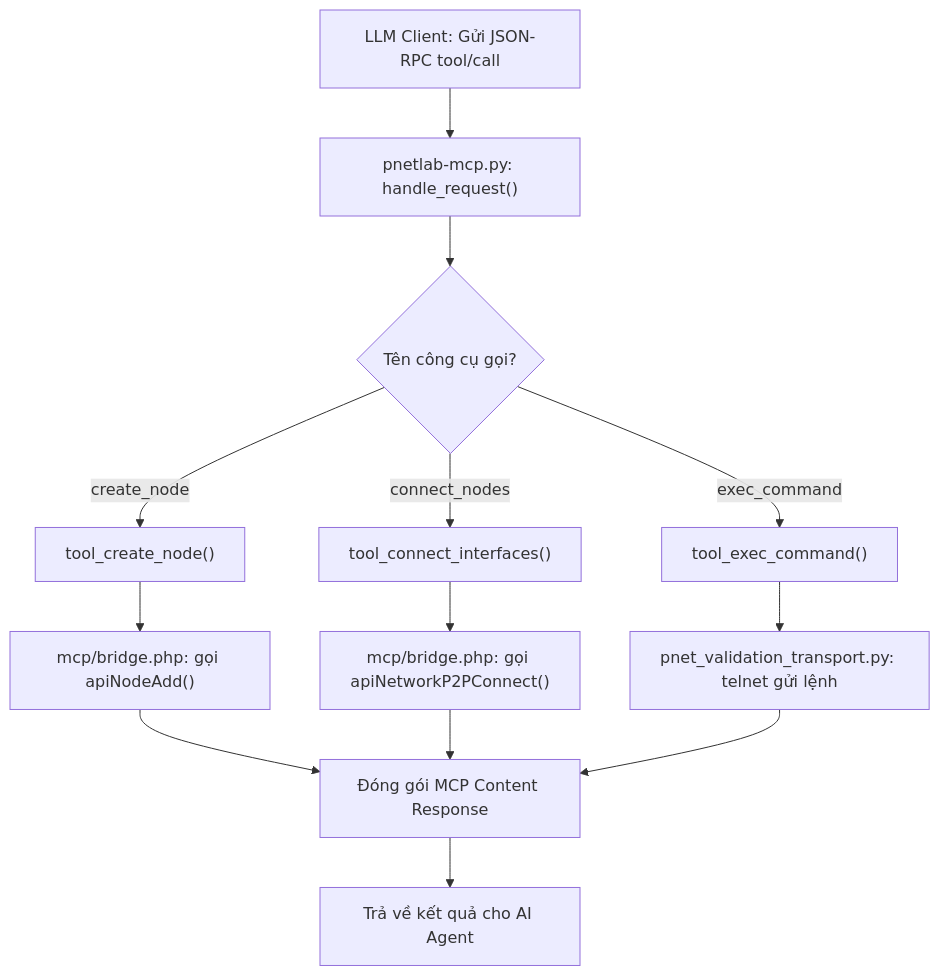
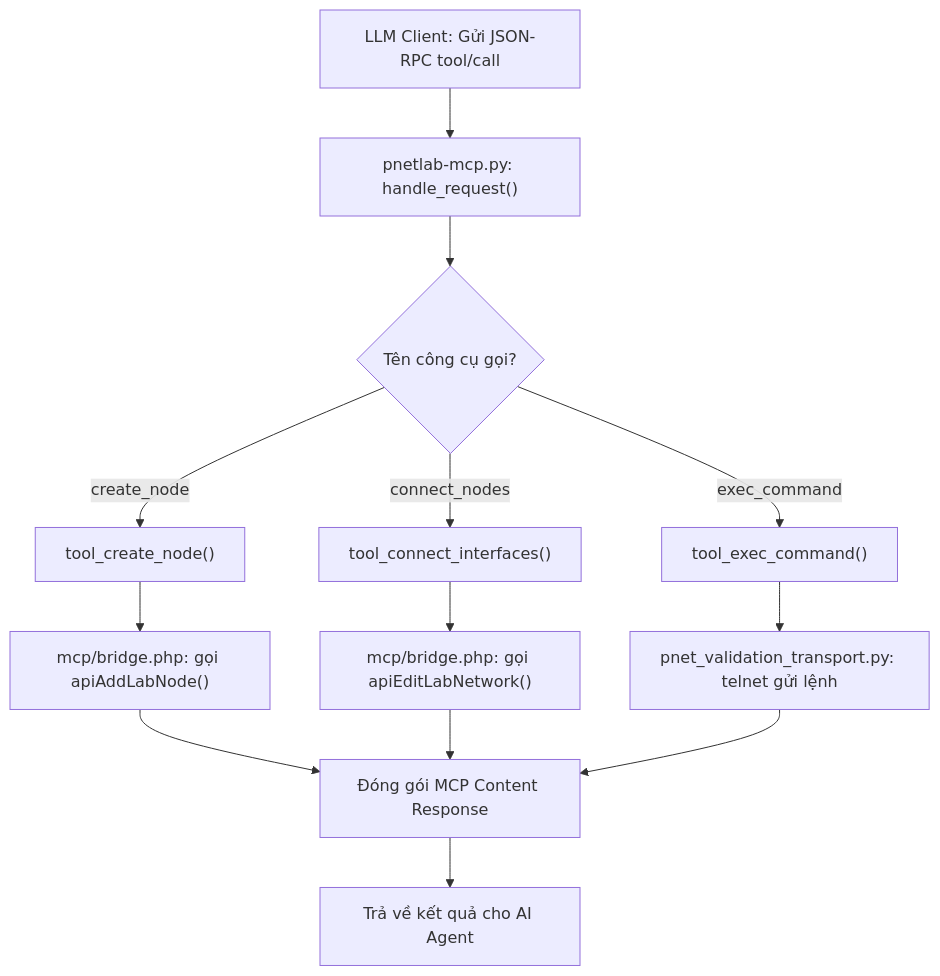
Before and after one commit to Luuxinhxinh/pnet-v8: the diagram in docs/03-diagrams/f54-ai-agent-mcp-server-callgraph.md, drawn with Mermaid. The commit also changed 39 other files, not shown here.

````diff
--- a/docs/03-diagrams/f54-ai-agent-mcp-server-callgraph.md
+++ b/docs/03-diagrams/f54-ai-agent-mcp-server-callgraph.md
@@ -9,15 +9,15 @@
 ```mermaid
 graph TD
     AI_CLIENT["LLM Client: Gửi JSON-RPC tool/call"] --> MCP_SERVER["pnetlab-mcp.py: handle_request()"]
     MCP_SERVER --> DISPATCH{"Tên công cụ gọi?"}
     DISPATCH -- create_node --> TOOL_CREATE["tool_create_node()"]
     DISPATCH -- connect_nodes --> TOOL_CONNECT["tool_connect_interfaces()"]
     DISPATCH -- exec_command --> TOOL_EXEC["tool_exec_command()"]
-    TOOL_CREATE --> BRIDGE["mcp/bridge.php: gọi apiNodeAdd()"]
-    TOOL_CONNECT --> BRIDGE2["mcp/bridge.php: gọi apiNetworkP2PConnect()"]
+    TOOL_CREATE --> BRIDGE["mcp/bridge.php: gọi apiAddLabNode()"]
+    TOOL_CONNECT --> BRIDGE2["mcp/bridge.php: gọi apiEditLabNetwork()"]
     TOOL_EXEC --> TRANSPORT["pnet_validation_transport.py: telnet gửi lệnh"]
     BRIDGE --> RESULT["Đóng gói MCP Content Response"]
     BRIDGE2 --> RESULT
     TRANSPORT --> RESULT
     RESULT --> RETURN_JSON["Trả về kết quả cho AI Agent"]
 ```
````
